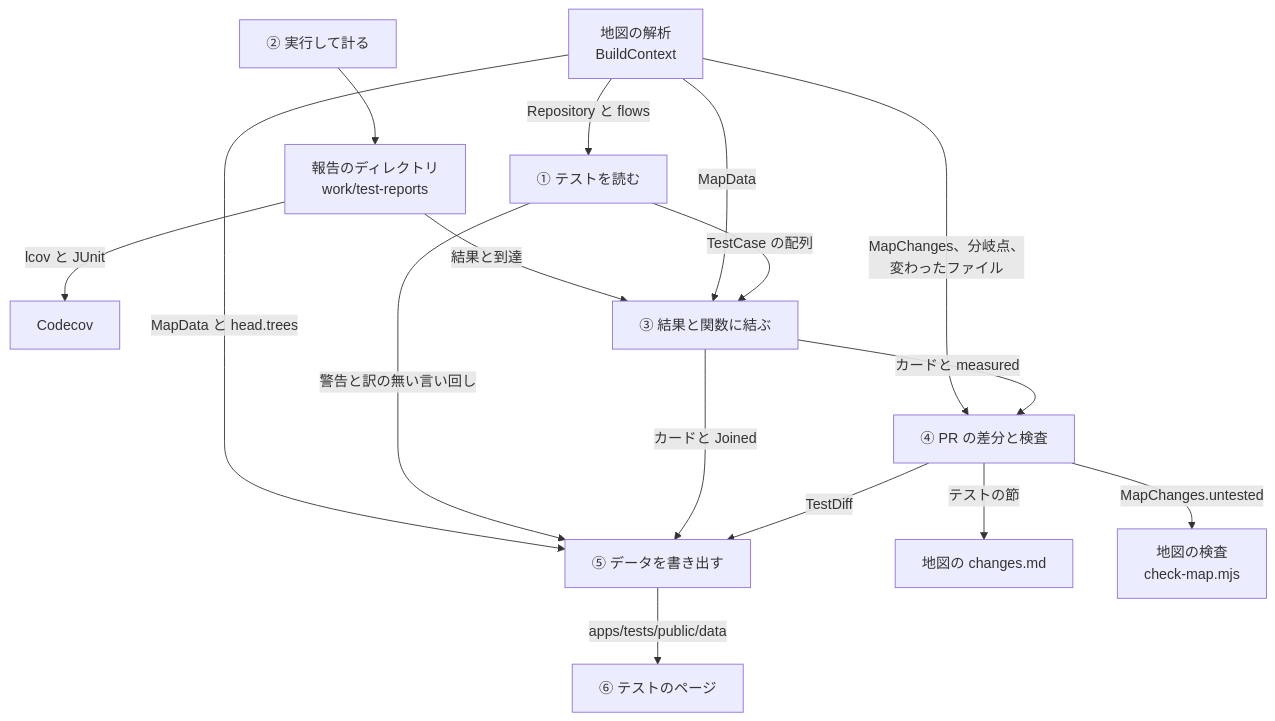
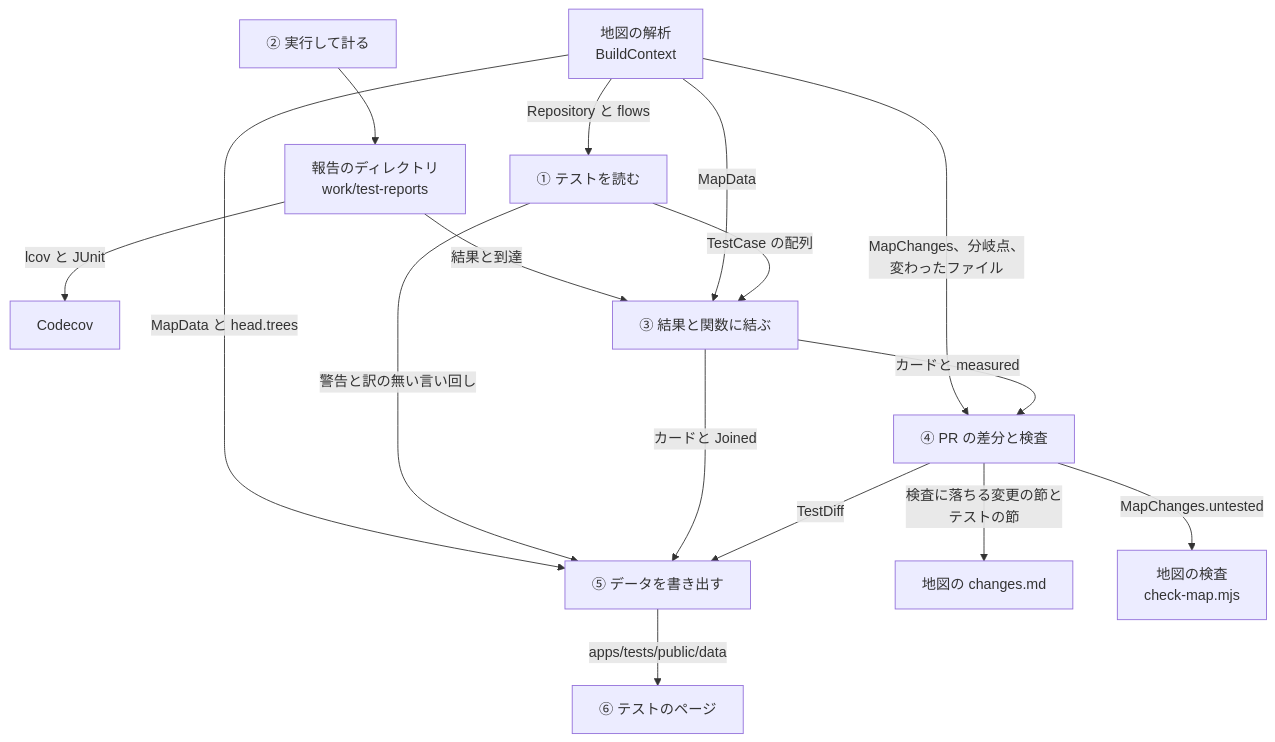
The third of 7 diagrams in apps/tests/docs/README.md (maronnjapan/maronn-openid-connect), drawn with Mermaid before and after one commit. The commit also changed other lines of this file and 8 other files, not shown here.

````diff
--- a/apps/tests/docs/README.md
+++ b/apps/tests/docs/README.md
@@ -216,29 +216,29 @@
 ```mermaid
 flowchart TB
   MAP["地図の解析<br/>BuildContext"]
   P2["② 実行して計る"]
   RD["報告のディレクトリ<br/>work/test-reports"]
   COV["Codecov"]
   P1["① テストを読む"]
   P3["③ 結果と関数に結ぶ"]
   P4["④ PR の差分と検査"]
   P5["⑤ データを書き出す"]
   P6["⑥ テストのページ"]
   MD["地図の changes.md"]
   CHK["地図の検査<br/>check-map.mjs"]
   P2 --> RD
   RD -- "lcov と JUnit" --> COV
   RD -- "結果と到達" --> P3
   MAP -- "Repository と flows" --> P1
   MAP -- "MapData" --> P3
   MAP -- "MapChanges、分岐点、<br/>変わったファイル" --> P4
   MAP -- "MapData と head.trees" --> P5
   P1 -- "TestCase の配列" --> P3
   P1 -- "警告と訳の無い言い回し" --> P5
   P3 -- "カードと measured" --> P4
   P3 -- "カードと Joined" --> P5
   P4 -- "TestDiff" --> P5
-  P4 -- "テストの節" --> MD
+  P4 -- "検査に落ちる変更の節と<br/>テストの節" --> MD
   P4 -- "MapChanges.untested" --> CHK
   P5 -- "apps/tests/public/data" --> P6
 ```
````
